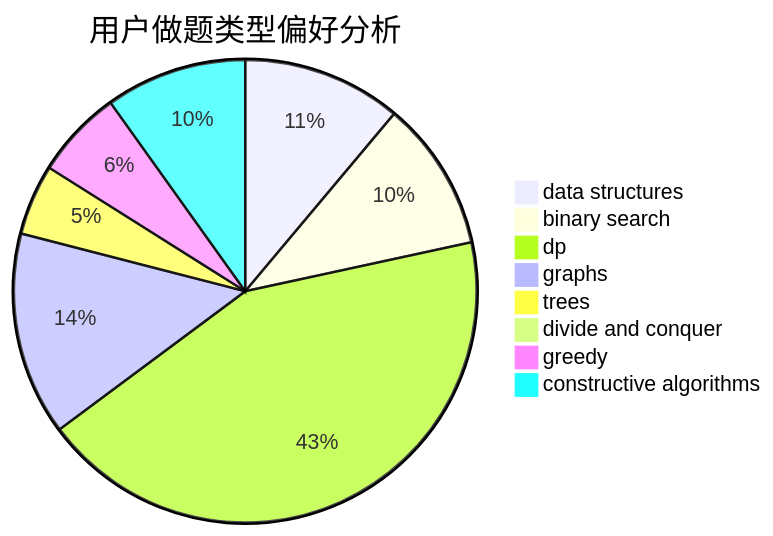
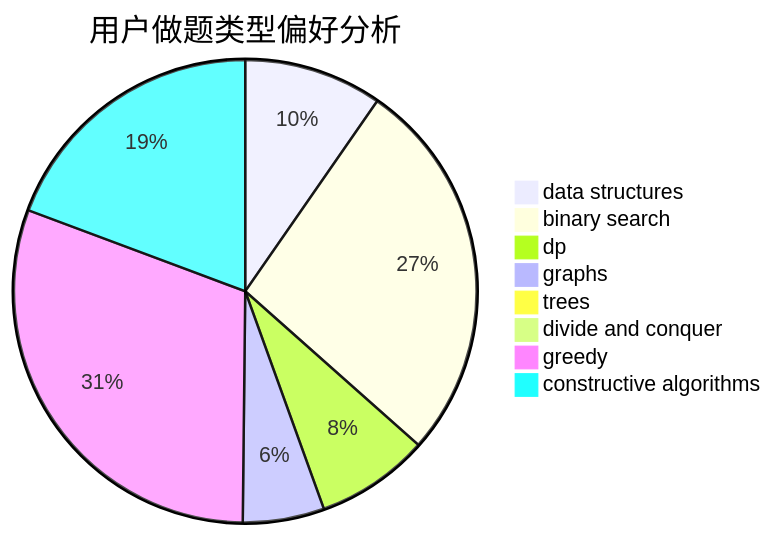
Before and after one commit to sherpahu/cfrs.github.io: the second of 3 diagrams in docs/user/u303.md, drawn with Mermaid. The commit also changed other lines of this file and 2770 other files, not shown here.

````diff
--- a/docs/user/u303.md
+++ b/docs/user/u303.md
@@ -23,11 +23,11 @@
 ```mermaid
 pie title 用户做题类型偏好分析
-    "data structures" :  18
-    "binary search" :  17
-    "dp" :  70
-    "graphs" :  23
-    "trees" :  8
+    "data structures" :  56
+    "binary search" :  156
+    "dp" :  46
+    "graphs" :  33
+    "trees" :  0
     "divide and conquer" :  0
-    "greedy" :  10
-    "constructive algorithms" :  16
+    "greedy" :  177
+    "constructive algorithms" :  112
 ```
````
